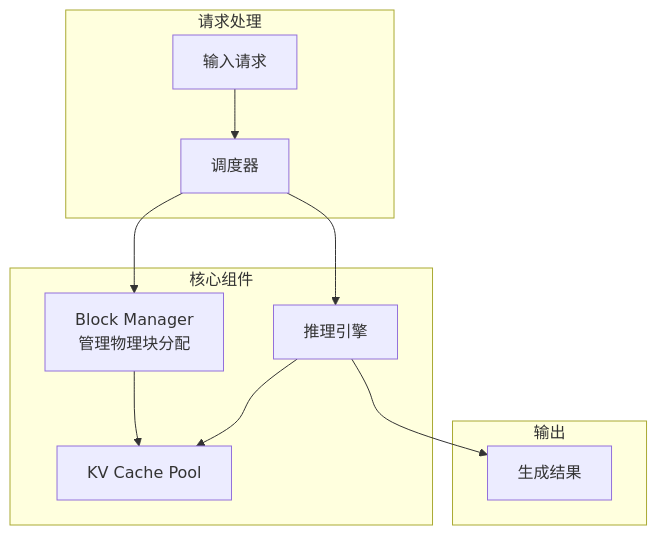
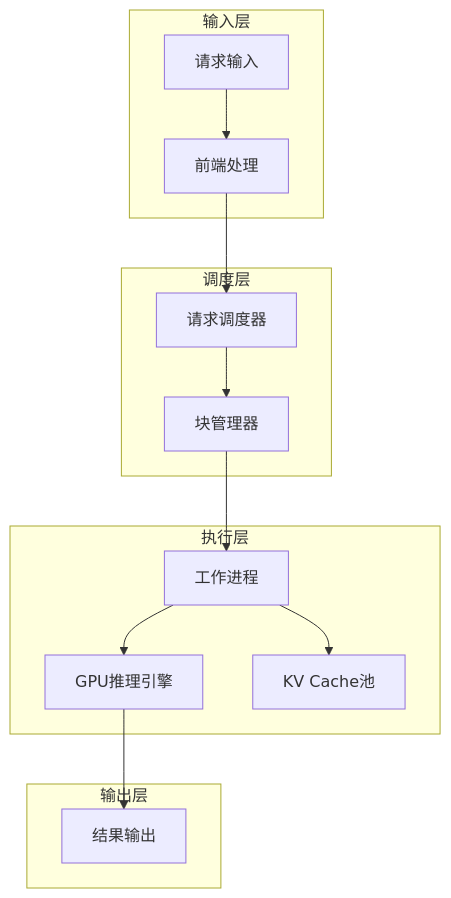
The sixth of 7 diagrams in learning/website/docs/basics/16-memory-management.md (Xunzhuo/mini-sglang), drawn with Mermaid before and after one commit. The commit also changed other lines of this file and 23 other files, not shown here.

````diff
--- a/learning/website/docs/basics/16-memory-management.md
+++ b/learning/website/docs/basics/16-memory-management.md
@@ -364,17 +404,21 @@
 ```mermaid
 graph TB
-    subgraph 请求处理
-        Input[输入请求] --> Scheduler[调度器]
+    subgraph "输入层"
+        Input[请求输入] --> Frontend[前端处理]
     end
     
-    subgraph 核心组件
-        Scheduler --> BlockManager[Block Manager<br>管理物理块分配]
-        Scheduler --> Engine[推理引擎]
-        BlockManager --> KVCache[KV Cache Pool]
-        Engine --> KVCache
+    subgraph "调度层"
+        Frontend --> Scheduler[请求调度器]
+        Scheduler --> BlockManager[块管理器]
     end
     
-    subgraph 输出
-        Engine --> Output[生成结果]
+    subgraph "执行层"  
+        BlockManager --> Worker[工作进程]
+        Worker --> GPU[GPU推理引擎]
+        Worker --> KVCache[KV Cache池]
+    end
+    
+    subgraph "输出层"
+        GPU --> Output[结果输出]
     end
 ```
````
